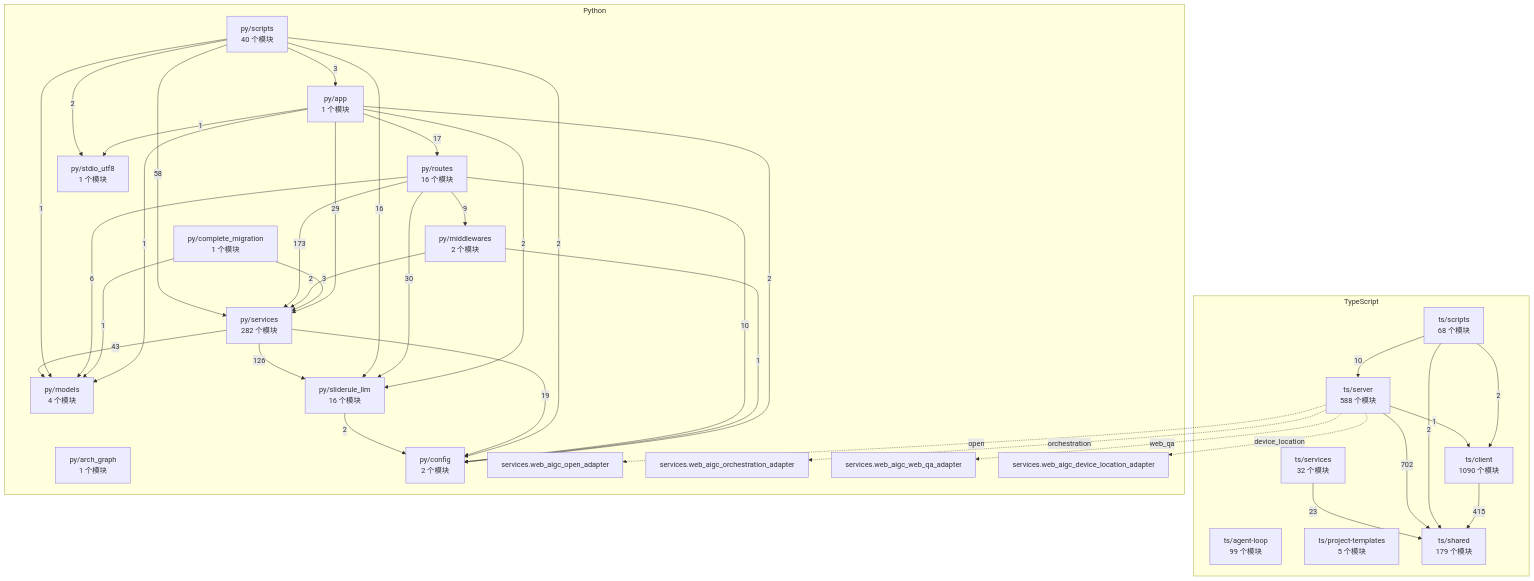
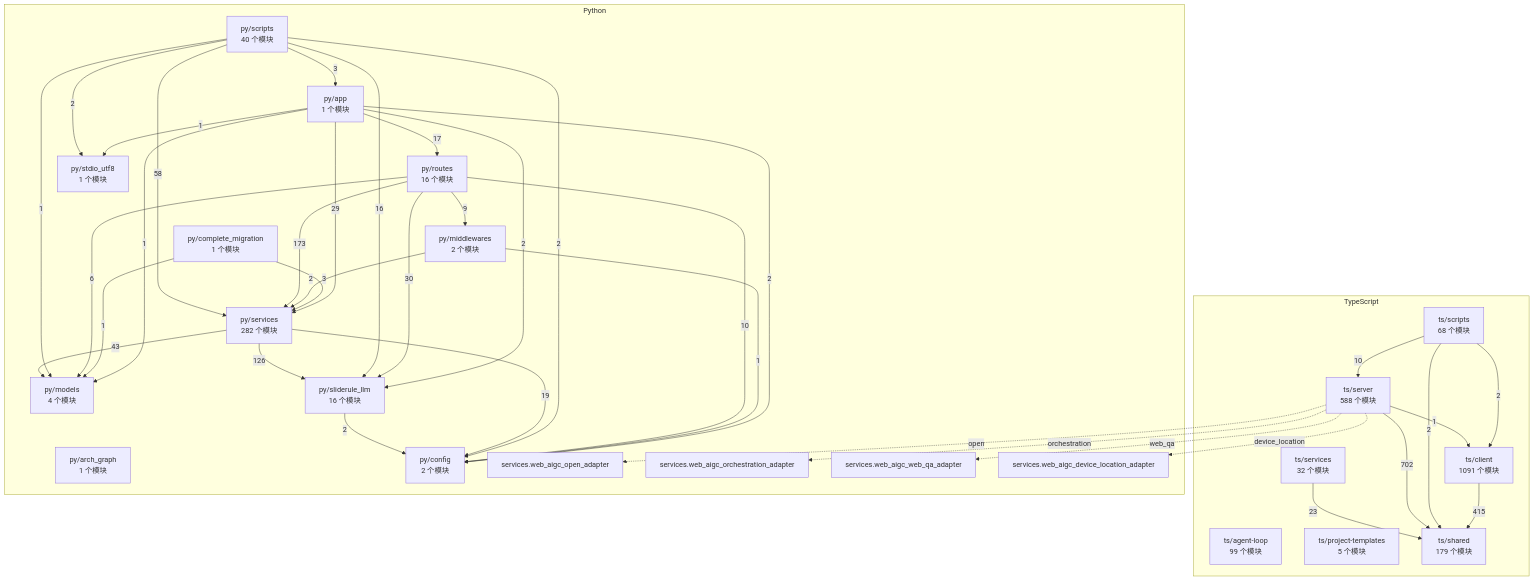
Before and after one commit to 2686521696/WhyBuddy: the diagram in docs/WhyBuddy 全仓架构图（自动生成）.md, drawn with Mermaid. The commit also changed 19 other files, not shown here.

First line of the commit message:
图片交付物：output/ 下的 PNG/JPG 收回产物库、链接换成真地址、右栏和结果卡画成图

````diff
--- a/docs/WhyBuddy 全仓架构图（自动生成）.md
+++ b/docs/WhyBuddy 全仓架构图（自动生成）.md
@@ -14,65 +14,65 @@
 ```mermaid
 flowchart TB
   subgraph ts [TypeScript]
     ts_agent_loop["ts/agent-loop<br/>99 个模块"]
-    ts_client["ts/client<br/>1090 个模块"]
+    ts_client["ts/client<br/>1091 个模块"]
     ts_project_templates["ts/project-templates<br/>5 个模块"]
     ts_scripts["ts/scripts<br/>68 个模块"]
     ts_server["ts/server<br/>588 个模块"]
     ts_services["ts/services<br/>32 个模块"]
     ts_shared["ts/shared<br/>179 个模块"]
   end
   subgraph py [Python]
     py_app["py/app<br/>1 个模块"]
     py_arch_graph["py/arch_graph<br/>1 个模块"]
     py_complete_migration["py/complete_migration<br/>1 个模块"]
     py_config["py/config<br/>2 个模块"]
     py_middlewares["py/middlewares<br/>2 个模块"]
     py_models["py/models<br/>4 个模块"]
     py_routes["py/routes<br/>16 个模块"]
     py_scripts["py/scripts<br/>40 个模块"]
     py_services["py/services<br/>282 个模块"]
     py_sliderule_llm["py/sliderule_llm<br/>16 个模块"]
     py_stdio_utf8["py/stdio_utf8<br/>1 个模块"]
     py_services_web_aigc_open_adapter["services.web_aigc_open_adapter"]
     py_services_web_aigc_orchestration_adapter["services.web_aigc_orchestration_adapter"]
     py_services_web_aigc_web_qa_adapter["services.web_aigc_web_qa_adapter"]
     py_services_web_aigc_device_location_adapter["services.web_aigc_device_location_adapter"]
   end
   ts_client -->|415| ts_shared
   ts_scripts -->|2| ts_client
   ts_scripts -->|10| ts_server
   ts_scripts -->|2| ts_shared
   ts_server -->|1| ts_client
   ts_server -->|702| ts_shared
   ts_services -->|23| ts_shared
   py_app -->|2| py_config
   py_app -->|1| py_models
   py_app -->|17| py_routes
   py_app -->|29| py_services
   py_app -->|2| py_sliderule_llm
   py_app -->|1| py_stdio_utf8
   py_complete_migration -->|1| py_models
   py_complete_migration -->|3| py_services
   py_middlewares -->|1| py_config
   py_middlewares -->|2| py_services
   py_routes -->|10| py_config
   py_routes -->|9| py_middlewares
   py_routes -->|6| py_models
   py_routes -->|173| py_services
   py_routes -->|30| py_sliderule_llm
   py_scripts -->|3| py_app
   py_scripts -->|2| py_config
   py_scripts -->|1| py_models
   py_scripts -->|58| py_services
   py_scripts -->|16| py_sliderule_llm
   py_scripts -->|2| py_stdio_utf8
   py_services -->|19| py_config
   py_services -->|43| py_models
   py_services -->|126| py_sliderule_llm
   py_sliderule_llm -->|2| py_config
   ts_server -.->|open| py_services_web_aigc_open_adapter
   ts_server -.->|orchestration| py_services_web_aigc_orchestration_adapter
   ts_server -.->|web_qa| py_services_web_aigc_web_qa_adapter
   ts_server -.->|device_location| py_services_web_aigc_device_location_adapter
 ```
````
